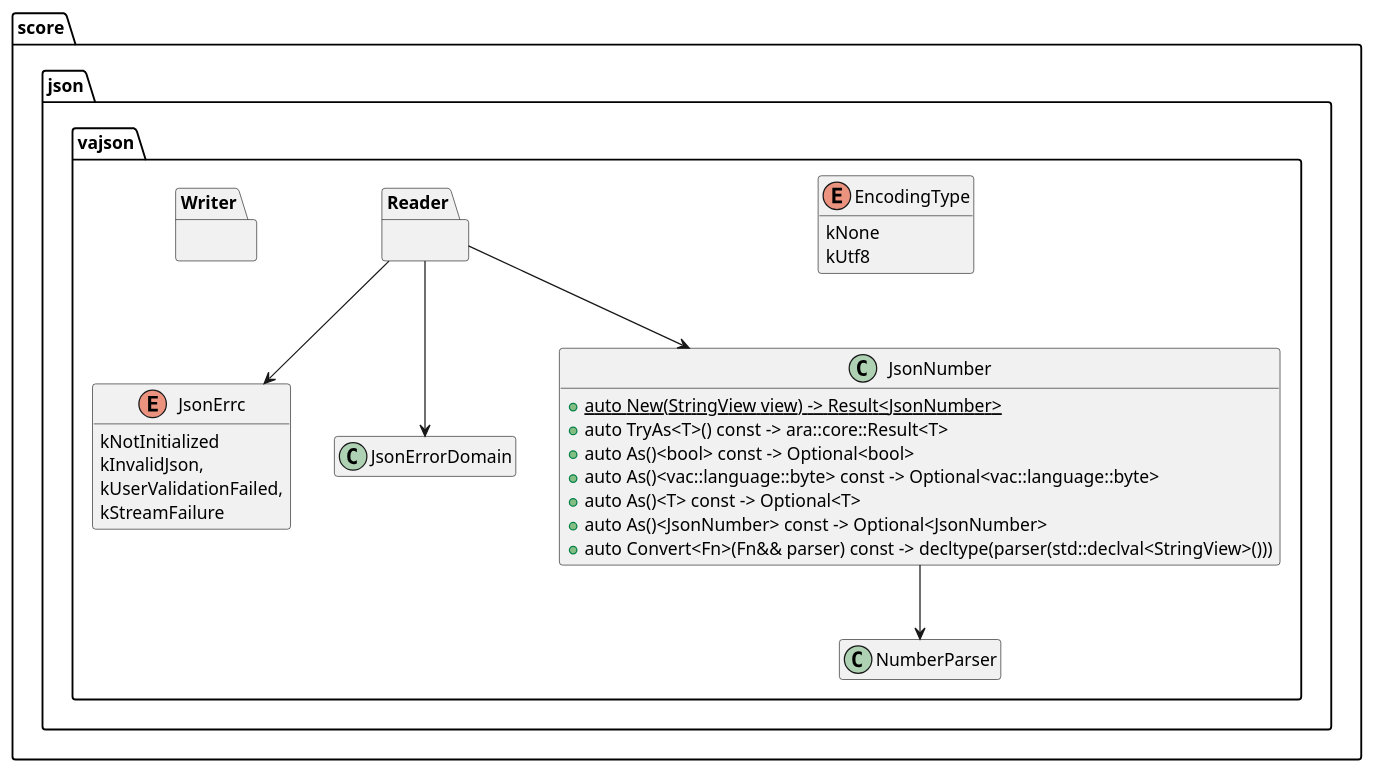
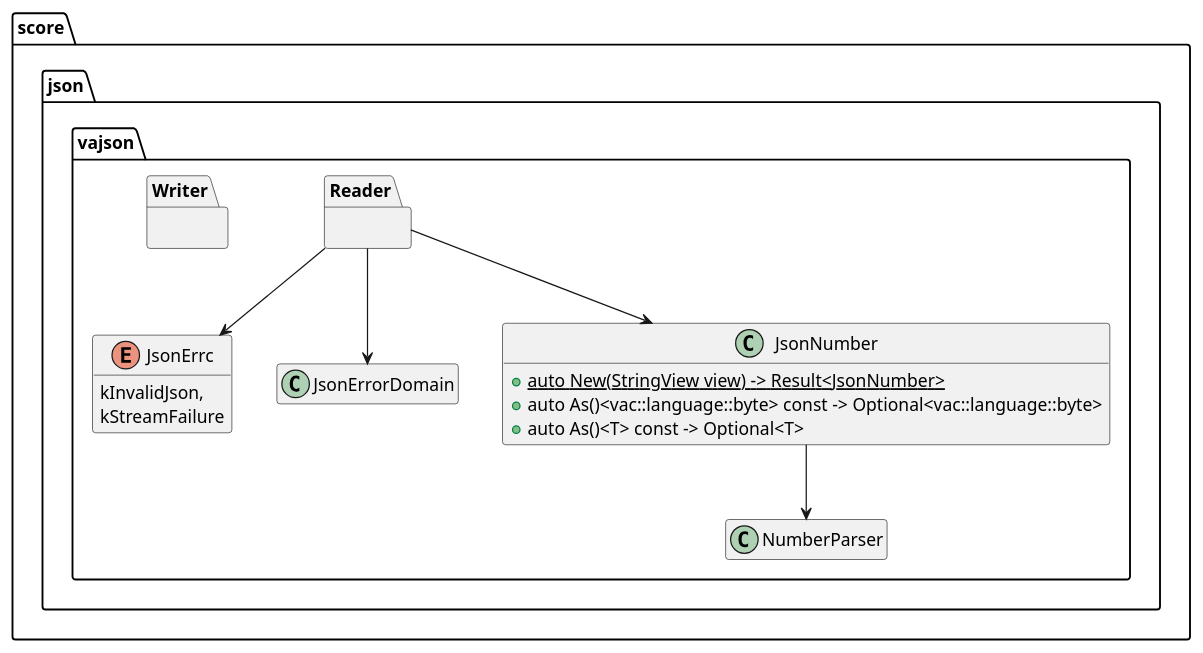
The third of 3 diagrams in score/json/docs/vajson/detailed_design/logical/Reader.rst (eclipse-score/baselibs), drawn with PlantUML before and after one commit. The commit also changed other lines of this file and 22 other files, not shown here.

```diff
--- a/score/json/docs/vajson/detailed_design/logical/Reader.rst
+++ b/score/json/docs/vajson/detailed_design/logical/Reader.rst
@@ -166,50 +164,39 @@
 .. uml::
 
     @startuml
     hide empty members
 
       package "score" {
         package "json" {
           package "vajson" {
             enum JsonErrc {
-              kNotInitialized
               kInvalidJson,
-              kUserValidationFailed,
               kStreamFailure
             }
 
             class JsonErrorDomain {}
 
             class NumberParser {}
 
             class JsonNumber {
               + {static} auto New(StringView view) -> Result<JsonNumber>
-              + auto TryAs<T>() const -> ara::core::Result<T>
-              + auto As()<bool> const -> Optional<bool>
               + auto As()<vac::language::byte> const -> Optional<vac::language::byte>
               + auto As()<T> const -> Optional<T>
-              + auto As()<JsonNumber> const -> Optional<JsonNumber>
-              + auto Convert<Fn>(Fn&& parser) const -> decltype(parser(std::declval<StringView>()))
-            }
-
-            enum EncodingType {
-              kNone
-              kUtf8
             }
 
           package Reader {
           }
 
           package Writer {
           }
           }
         }
       }
 
       JsonNumber --> NumberParser
 
       Reader -down-> JsonNumber
       Reader -down-> JsonErrorDomain
       Reader -down-> JsonErrc
 
     @enduml
```
